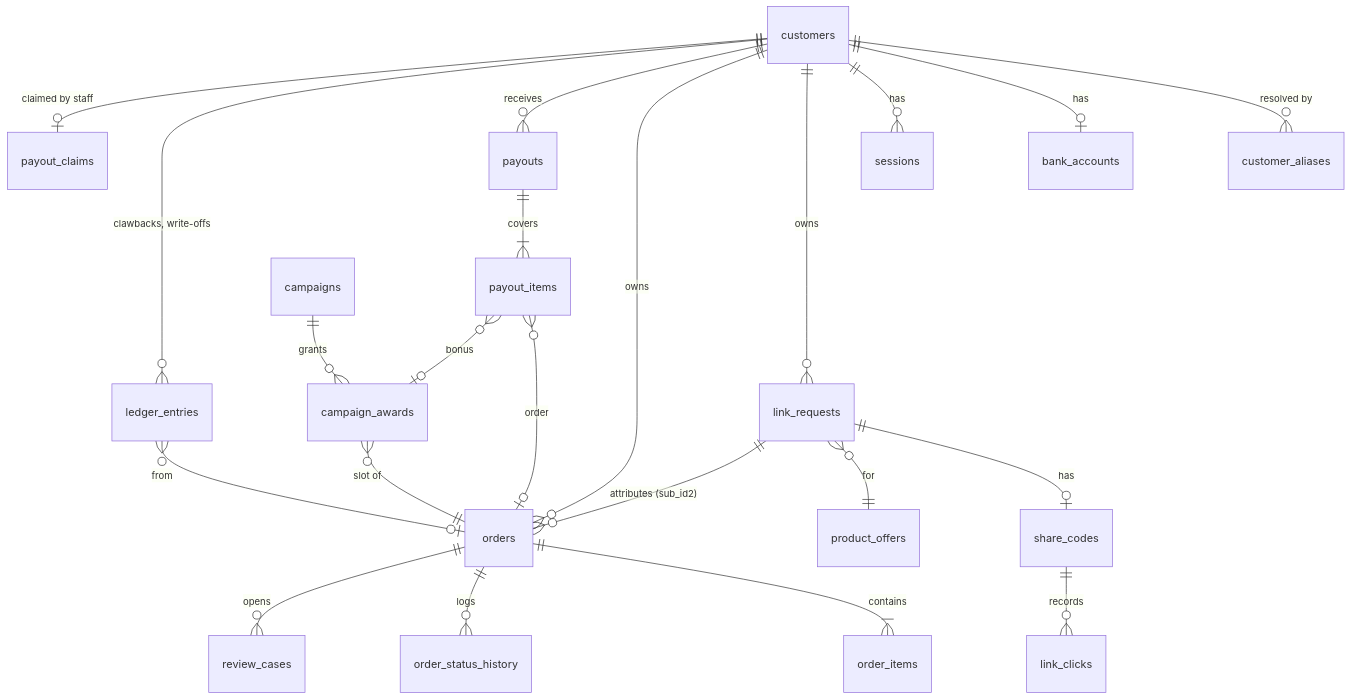
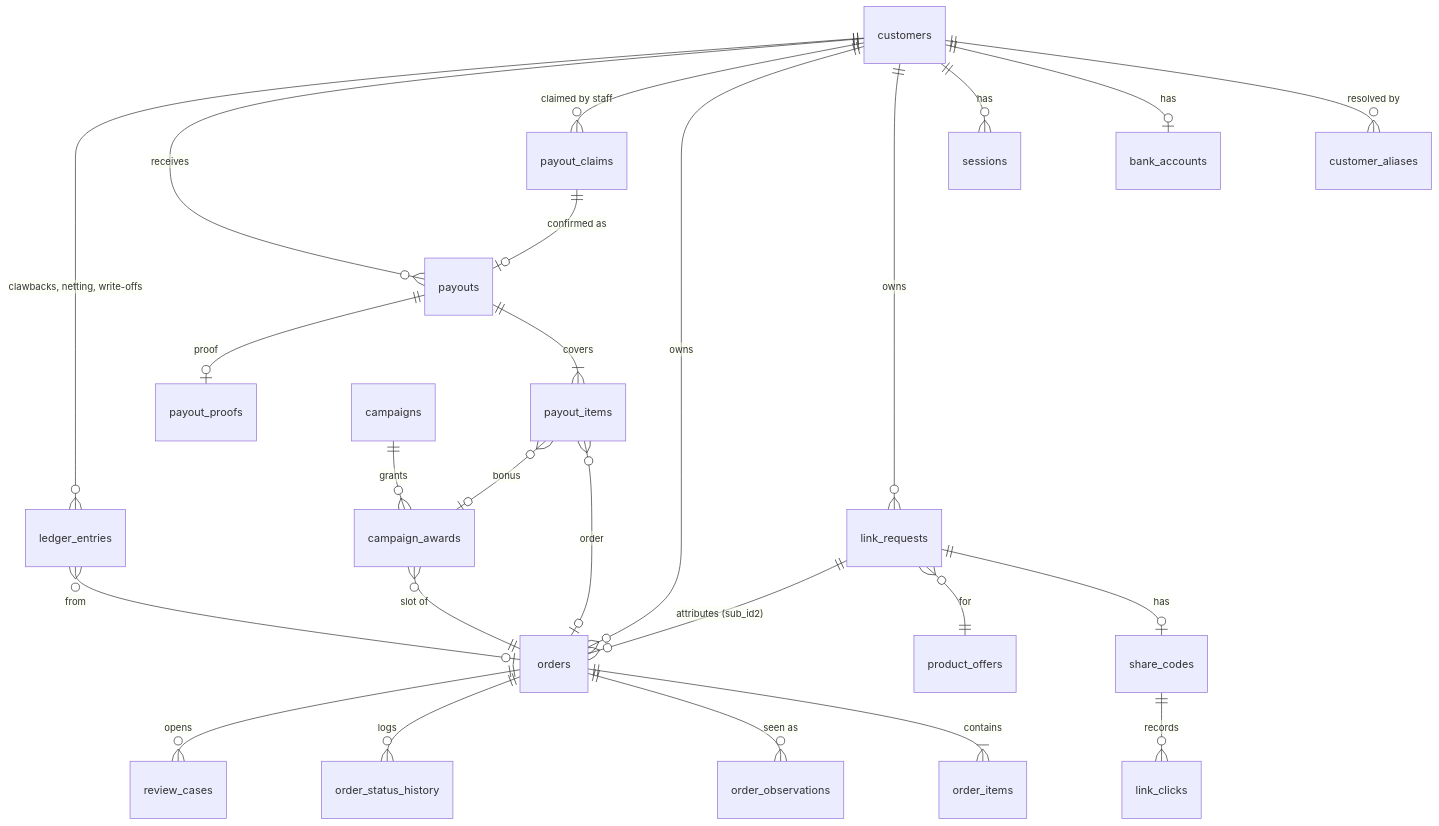
The second of 2 diagrams in _bmad-output/planning-artifacts/architecture/architecture-cashback-2026-10-30/ARCHITECTURE-SPINE.md (Duke0503/shopee-aff), drawn with Mermaid before and after one commit. The commit also changed other lines of this file and 38 other files, not shown here.

First line of the commit message:
docs(architecture): apply the independent architecture review

````diff
--- a/_bmad-output/planning-artifacts/architecture/architecture-cashback-2026-10-30/ARCHITECTURE-SPINE.md
+++ b/_bmad-output/planning-artifacts/architecture/architecture-cashback-2026-10-30/ARCHITECTURE-SPINE.md
@@ -364,24 +379,27 @@
 ```mermaid
 erDiagram
   customers ||--o{ customer_aliases : "resolved by"
   customers ||--o| bank_accounts : has
   customers ||--o{ sessions : has
   customers ||--o{ link_requests : owns
   link_requests ||--o| share_codes : has
   share_codes ||--o{ link_clicks : records
   link_requests }o--|| product_offers : for
   link_requests ||--o{ orders : "attributes (sub_id2)"
   customers ||--o{ orders : owns
   orders ||--|{ order_items : contains
+  orders ||--o{ order_observations : "seen as"
   orders ||--o{ order_status_history : logs
   orders ||--o{ review_cases : opens
+  customers ||--o{ payout_claims : "claimed by staff"
+  payout_claims ||--o| payouts : "confirmed as"
   customers ||--o{ payouts : receives
   payouts ||--|{ payout_items : covers
+  payouts ||--o| payout_proofs : "proof"
   payout_items }o--o| orders : "order"
   payout_items }o--o| campaign_awards : "bonus"
-  customers ||--o{ ledger_entries : "clawbacks, write-offs"
+  customers ||--o{ ledger_entries : "clawbacks, netting, write-offs"
   ledger_entries }o--o| orders : "from"
   campaigns ||--o{ campaign_awards : grants
   campaign_awards }o--|| orders : "slot of"
-  customers ||--o| payout_claims : "claimed by staff"
 ```
````
